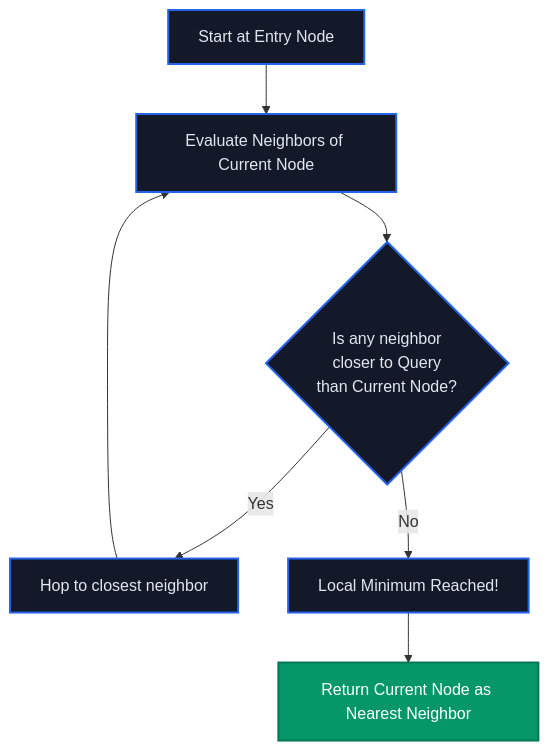
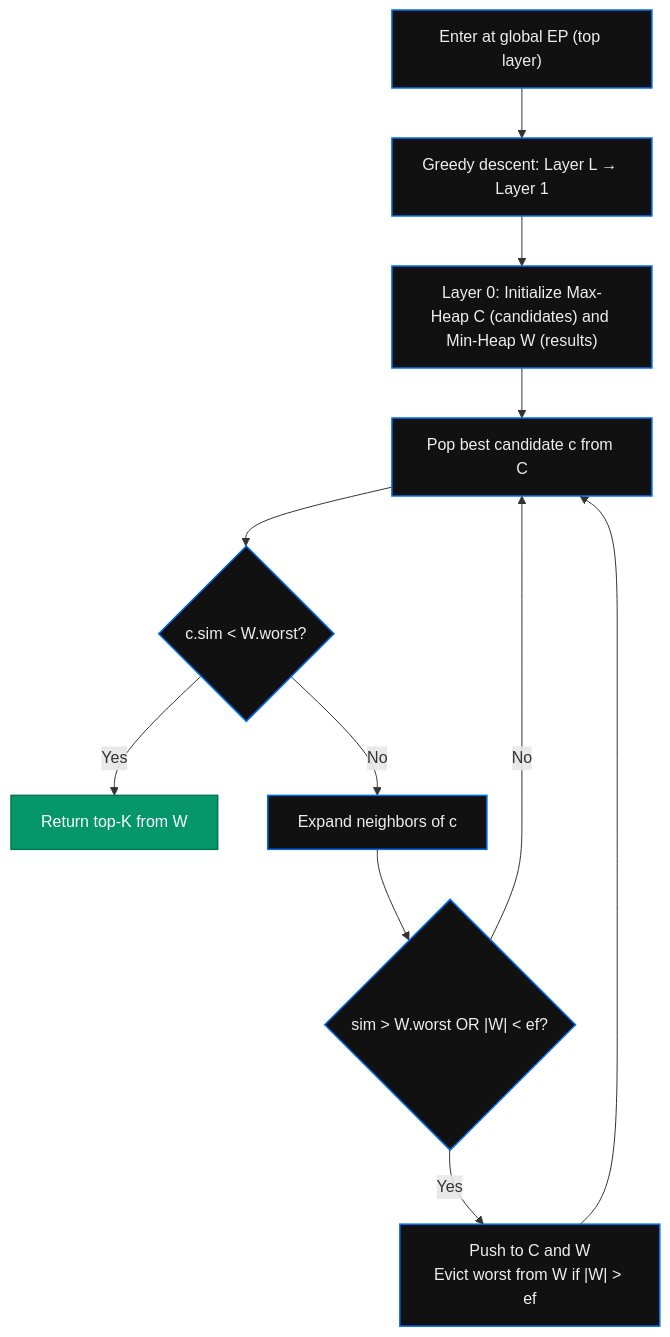
The diagram in README.md (ManikBodamwad/HNSW_Vector_Search_Visualizer), drawn with Mermaid before and after one commit. The commit also changed other lines of this file, not shown here.

Commit message:
docs: rewrite README with true HNSW architecture, live demo URL, Priority Queue docs, and tech stack

````diff
--- a/README.md
+++ b/README.md
@@ -51,13 +60,17 @@
 ```mermaid
 graph TD
-    Start["Start at Entry Node"] --> Eval["Evaluate Neighbors of Current Node"]
-    Eval --> Compare{"Is any neighbor<br/>closer to Query<br/>than Current Node?"}
-    Compare -- Yes --> Hop["Hop to closest neighbor"]
-    Hop --> Eval
-    Compare -- No --> LocalMin["Local Minimum Reached!"]
-    LocalMin --> Result["Return Current Node as Nearest Neighbor"]
+    A["Enter at global EP (top layer)"] --> B["Greedy descent: Layer L → Layer 1"]
+    B --> C["Layer 0: Initialize Max-Heap C (candidates) and Min-Heap W (results)"]
+    C --> D["Pop best candidate c from C"]
+    D --> E{"c.sim < W.worst?"}
+    E -- Yes --> G["Return top-K from W"]
+    E -- No --> F["Expand neighbors of c"]
+    F --> H{"sim > W.worst OR |W| < ef?"}
+    H -- Yes --> I["Push to C and W\nEvict worst from W if |W| > ef"]
+    H -- No --> D
+    I --> D
 
-    classDef default fill:#131929,stroke:#2563EB,stroke-width:2px,color:#E2E8F0;
-    classDef success fill:#059669,stroke:#047857,stroke-width:2px,color:#fff;
-    class Result success;
+    classDef default fill:#111,stroke:#0070F3,stroke-width:1.5px,color:#eee;
+    classDef done fill:#059669,stroke:#047857,color:#fff;
+    class G done;
 ```
````
